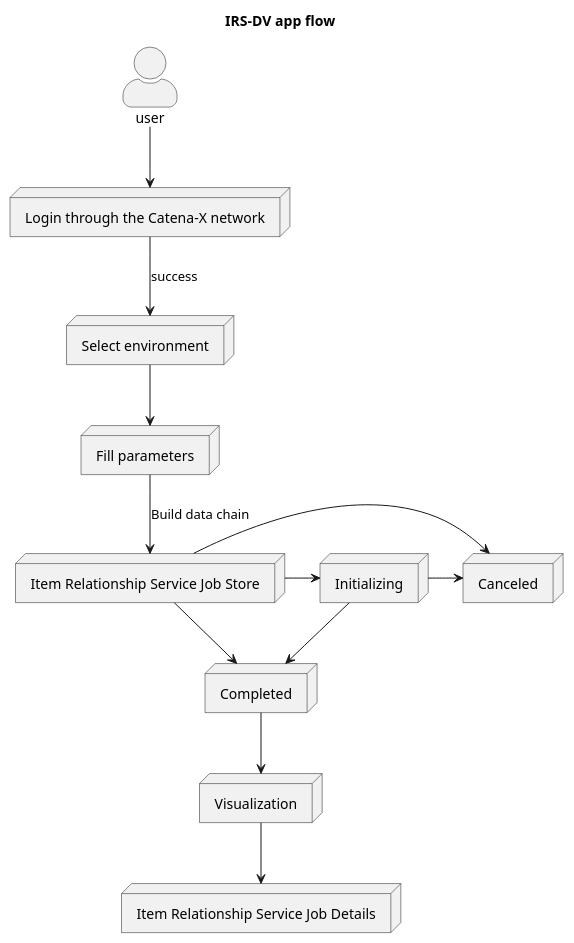
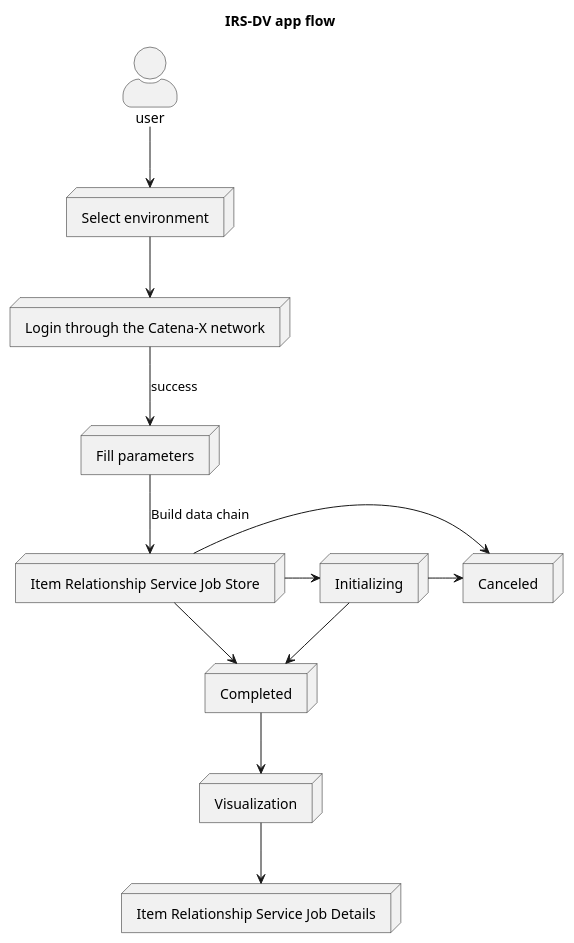
One commit to zlalvani/product-item-relationship-service-frontend changed the diagram in docs/puml-diagrams/IRS-DV-app.puml. Above: the diagram before and after it, drawn with PlantUML. The commit also changed 4 other files, not shown here.

Commit message:
docs: update/fix graphs

```diff
--- a/docs/puml-diagrams/IRS-DV-app.puml
+++ b/docs/puml-diagrams/IRS-DV-app.puml
@@ -1,31 +1,31 @@
 @startuml
 skinparam actorStyle awesome
 
 title: IRS-DV app flow
 
 user as User 
 node "Login through the Catena-X network" as login
 node "Select environment" as env
 node "Fill parameters" as fill
 node "Item Relationship Service Job Store" as store
 node "Completed" as completed
 node "Canceled" as cancel
 node "Initializing" as init
 node "Visualization" as ui
 node "Item Relationship Service Job Details" as details
 
 
-User --> login
-login --> env: success
-env --> fill
+User --> env
+env--> login
+login --> fill  : success
 fill --> store: Build data chain
 store --> completed
 store -> cancel
 store -> init
 init ->cancel
 init --> completed
 completed --> ui
 ui --> details
 
 
 @enduml
```
